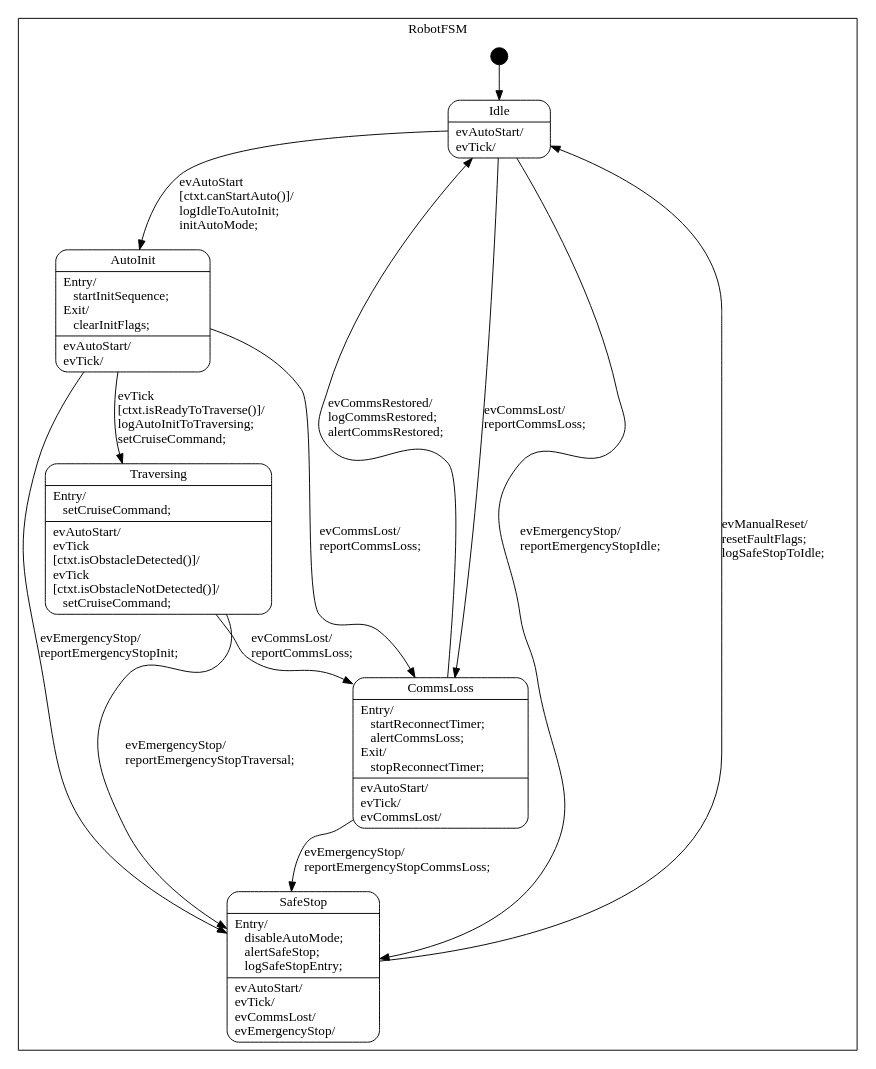
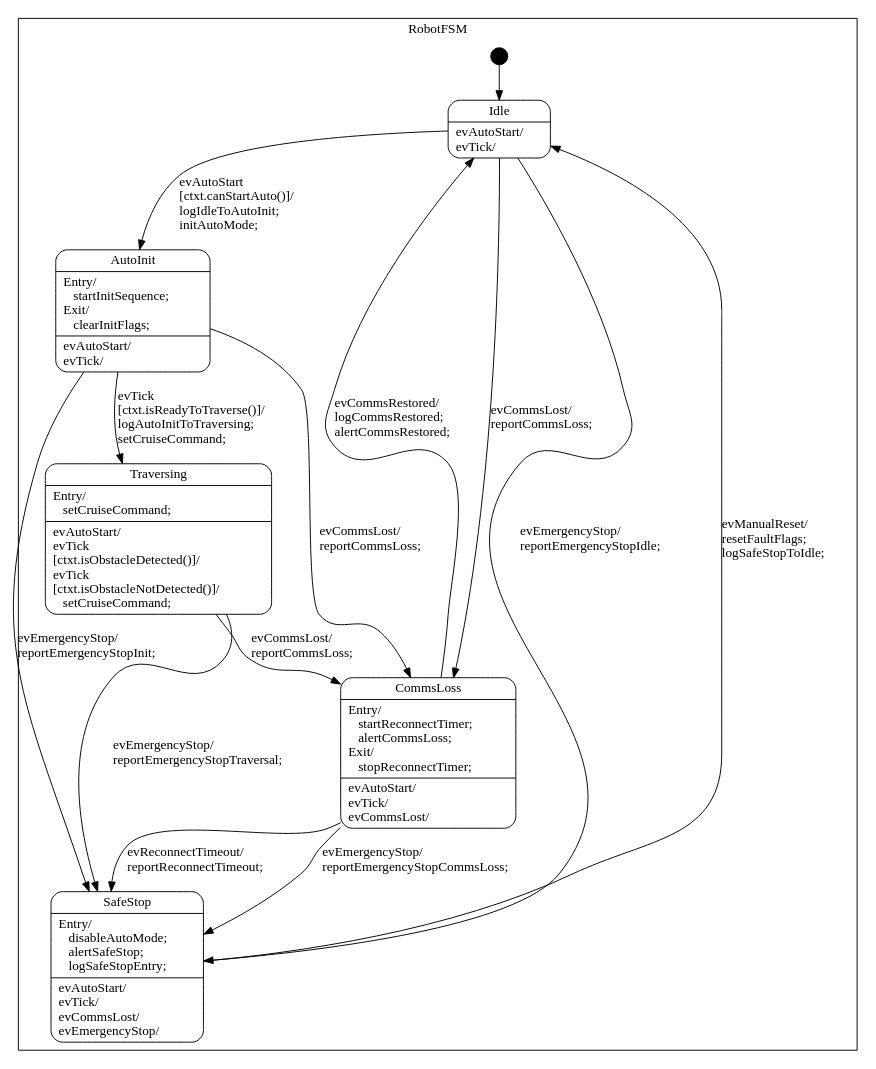
One commit to major173/b29_control changed the diagram in b29_controllers/b29_smc_auto_controller/gen/RobotFSM_sm.dot. Above: the diagram before and after it, drawn with Graphviz. The commit also changed 8 other files, not shown here.

Commit message:
Add SMC evReconnectTimeout.

```diff
--- a/b29_controllers/b29_smc_auto_controller/gen/RobotFSM_sm.dot
+++ b/b29_controllers/b29_smc_auto_controller/gen/RobotFSM_sm.dot
@@ -1,72 +1,75 @@
 digraph RobotFSM {
 
     node
         [shape=Mrecord width=1.5];
 
     subgraph cluster_RobotFSM {
 
         label="RobotFSM";
 
         //
         // States (Nodes)
         //
 
         "RobotFSM::Idle"
             [label="{Idle|evAutoStart/\levTick/\l}"];
 
         "RobotFSM::AutoInit"
             [label="{AutoInit|Entry/\l&nbsp;&nbsp;&nbsp;startInitSequence;\lExit/\l&nbsp;&nbsp;&nbsp;clearInitFlags;\l|evAutoStart/\levTick/\l}"];
 
         "RobotFSM::Traversing"
             [label="{Traversing|Entry/\l&nbsp;&nbsp;&nbsp;setCruiseCommand;\l|evAutoStart/\levTick\l\[ctxt.isObstacleDetected()\]/\levTick\l\[ctxt.isObstacleNotDetected()\]/\l&nbsp;&nbsp;&nbsp;setCruiseCommand;\l}"];
 
         "RobotFSM::CommsLoss"
             [label="{CommsLoss|Entry/\l&nbsp;&nbsp;&nbsp;startReconnectTimer;\l&nbsp;&nbsp;&nbsp;alertCommsLoss;\lExit/\l&nbsp;&nbsp;&nbsp;stopReconnectTimer;\l|evAutoStart/\levTick/\levCommsLost/\l}"];
 
         "RobotFSM::SafeStop"
             [label="{SafeStop|Entry/\l&nbsp;&nbsp;&nbsp;disableAutoMode;\l&nbsp;&nbsp;&nbsp;alertSafeStop;\l&nbsp;&nbsp;&nbsp;logSafeStopEntry;\l|evAutoStart/\levTick/\levCommsLost/\levEmergencyStop/\l}"];
 
         "%start"
             [label="" shape=circle style=filled fillcolor=black width=0.25];
 
         //
         // Transitions (Edges)
         //
 
         "RobotFSM::Idle" -> "RobotFSM::AutoInit"
             [label="evAutoStart\l\[ctxt.canStartAuto()\]/\llogIdleToAutoInit;\linitAutoMode;\l"];
 
         "RobotFSM::Idle" -> "RobotFSM::CommsLoss"
             [label="evCommsLost/\lreportCommsLoss;\l"];
 
         "RobotFSM::Idle" -> "RobotFSM::SafeStop"
             [label="evEmergencyStop/\lreportEmergencyStopIdle;\l"];
 
         "RobotFSM::AutoInit" -> "RobotFSM::Traversing"
             [label="evTick\l\[ctxt.isReadyToTraverse()\]/\llogAutoInitToTraversing;\lsetCruiseCommand;\l"];
 
         "RobotFSM::AutoInit" -> "RobotFSM::CommsLoss"
             [label="evCommsLost/\lreportCommsLoss;\l"];
 
         "RobotFSM::AutoInit" -> "RobotFSM::SafeStop"
             [label="evEmergencyStop/\lreportEmergencyStopInit;\l"];
 
         "RobotFSM::Traversing" -> "RobotFSM::CommsLoss"
             [label="evCommsLost/\lreportCommsLoss;\l"];
 
         "RobotFSM::Traversing" -> "RobotFSM::SafeStop"
             [label="evEmergencyStop/\lreportEmergencyStopTraversal;\l"];
 
         "RobotFSM::CommsLoss" -> "RobotFSM::Idle"
             [label="evCommsRestored/\llogCommsRestored;\lalertCommsRestored;\l"];
 
         "RobotFSM::CommsLoss" -> "RobotFSM::SafeStop"
+            [label="evReconnectTimeout/\lreportReconnectTimeout;\l"];
+
+        "RobotFSM::CommsLoss" -> "RobotFSM::SafeStop"
             [label="evEmergencyStop/\lreportEmergencyStopCommsLoss;\l"];
 
         "RobotFSM::SafeStop" -> "RobotFSM::Idle"
             [label="evManualReset/\lresetFaultFlags;\llogSafeStopToIdle;\l"];
 
         "%start" -> "RobotFSM::Idle"
     }
 
 }
```
